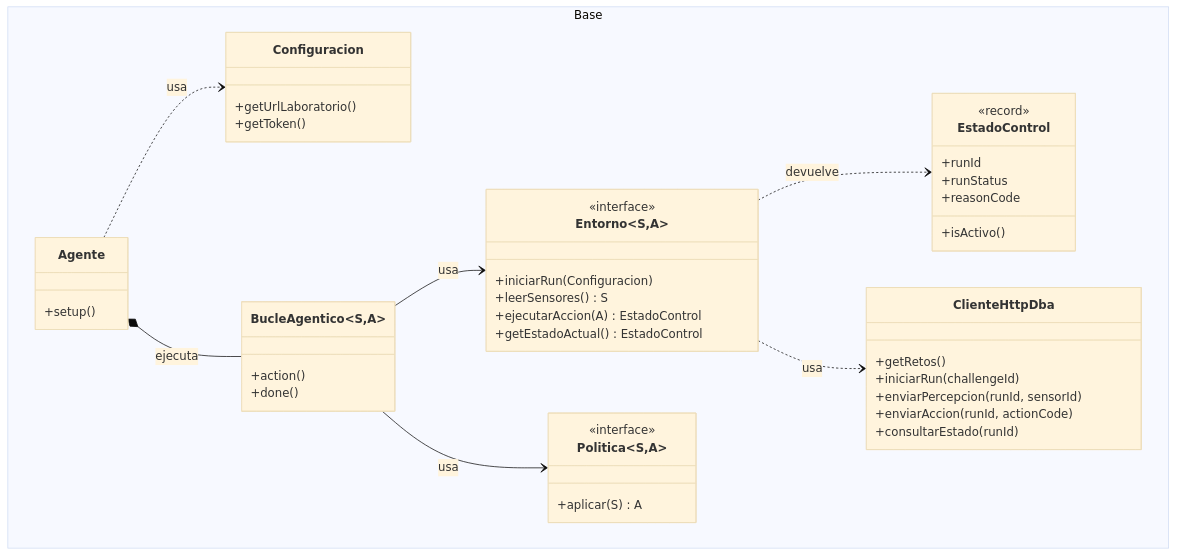
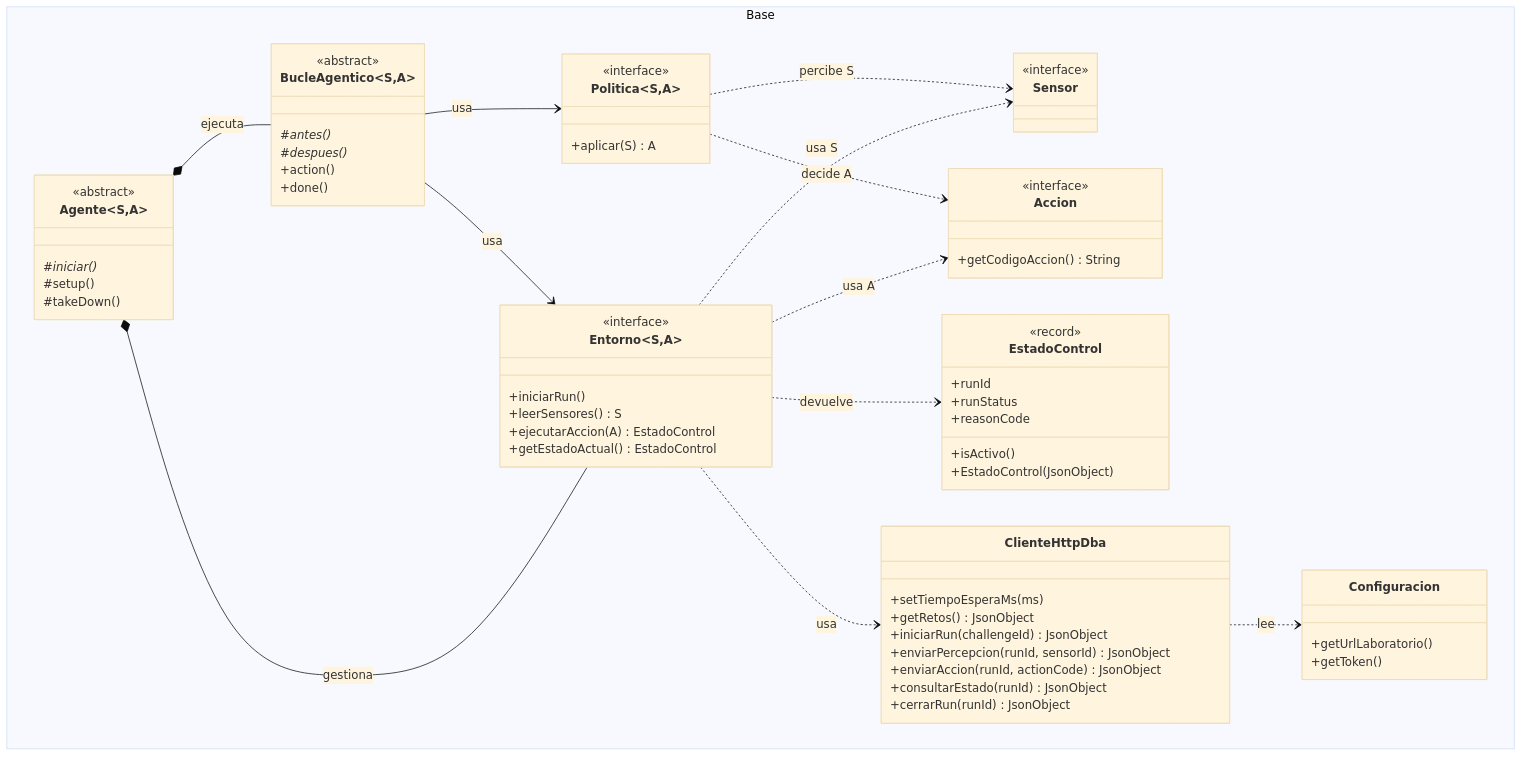
One commit to leemon22/DBApractica2 changed the first of 3 diagrams in README.md. Above: the diagram before and after it, drawn with Mermaid (base theme). The commit also changed other lines of this file and 18 other files, not shown here.

````diff
--- a/README.md
+++ b/README.md
@@ -95,48 +95,69 @@
 ```mermaid
 classDiagram
     namespace Base {
+        class Sensor {
+            <<interface>>
+        }
+        class Accion {
+            <<interface>>
+            +getCodigoAccion() String
+        }
         class Configuracion {
             +getUrlLaboratorio()
             +getToken()
         }
         class ClienteHttpDba {
-            +getRetos()
-            +iniciarRun(challengeId)
-            +enviarPercepcion(runId, sensorId)
-            +enviarAccion(runId, actionCode)
-            +consultarEstado(runId)
+            +setTiempoEsperaMs(ms)
+            +getRetos() JsonObject
+            +iniciarRun(challengeId) JsonObject
+            +enviarPercepcion(runId, sensorId) JsonObject
+            +enviarAccion(runId, actionCode) JsonObject
+            +consultarEstado(runId) JsonObject
+            +cerrarRun(runId) JsonObject
         }
         class EstadoControl {
             <<record>>
             +runId
             +runStatus
             +reasonCode
             +isActivo()
+            +EstadoControl(JsonObject)
         }
         class Entorno~S,A~ {
             <<interface>>
-            +iniciarRun(Configuracion)
+            +iniciarRun()
             +leerSensores() S
             +ejecutarAccion(A) EstadoControl
             +getEstadoActual() EstadoControl
         }
         class Politica~S,A~ {
             <<interface>>
             +aplicar(S) A
         }
-        class Agente {
-            +setup()
+        class Agente~S,A~ {
+            <<abstract>>
+            #iniciar()*
+            #setup()
+            #takeDown()
         }
         class BucleAgentico~S,A~ {
+            <<abstract>>
+            #antes()*
+            #despues()*
             +action()
             +done()
         }
     }
 
+    Entorno ..> Sensor : usa S
+    Entorno ..> Accion : usa A
+    Politica ..> Sensor : percibe S
+    Politica ..> Accion : decide A
     Agente *-- BucleAgentico : ejecuta
-    Agente ..> Configuracion : usa
+    Agente *-- Entorno : gestiona
     BucleAgentico --> Entorno : usa
     BucleAgentico --> Politica : usa
     Entorno ..> EstadoControl : devuelve
     Entorno ..> ClienteHttpDba : usa
+    ClienteHttpDba ..> Configuracion : lee
 ```
````
